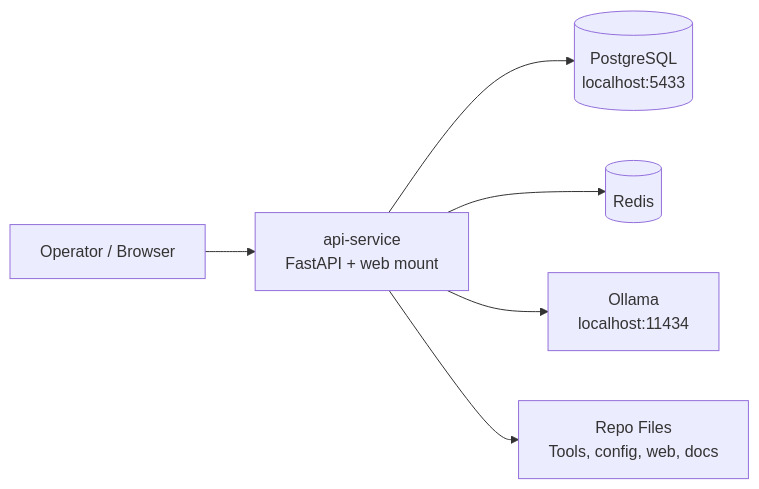
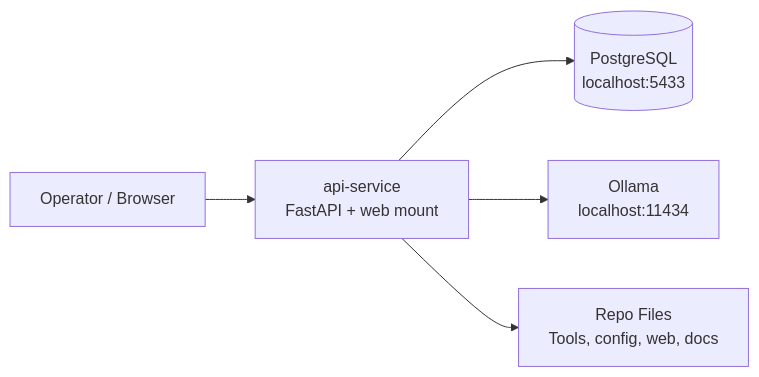
Before and after one commit to swinneyj/soc-plaform: the third of 8 diagrams in docs/SYSTEM_VISUAL_MAP.md, drawn with Mermaid. The commit also changed other lines of this file and 16 other files, not shown here.

````diff
--- a/docs/SYSTEM_VISUAL_MAP.md
+++ b/docs/SYSTEM_VISUAL_MAP.md
@@ -47,8 +47,8 @@
 ```mermaid
 flowchart LR
     User[Operator / Browser] --> API[api-service<br/>FastAPI + web mount]
     API --> PG[(PostgreSQL<br/>localhost:5433)]
-    API --> Redis[(Redis)]
+    
     API --> Ollama[Ollama<br/>localhost:11434]
     API --> Repo[Repo Files<br/>Tools, config, web, docs]
 ```
````
